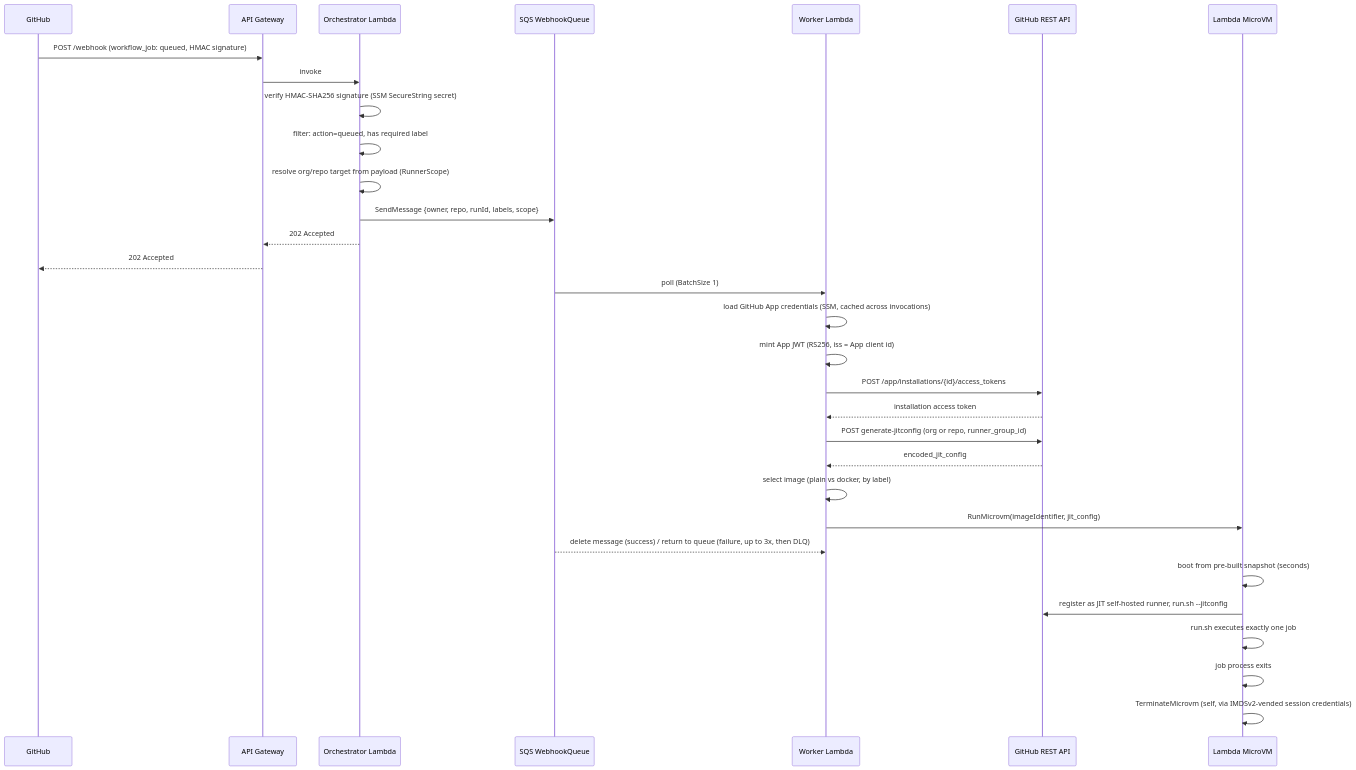
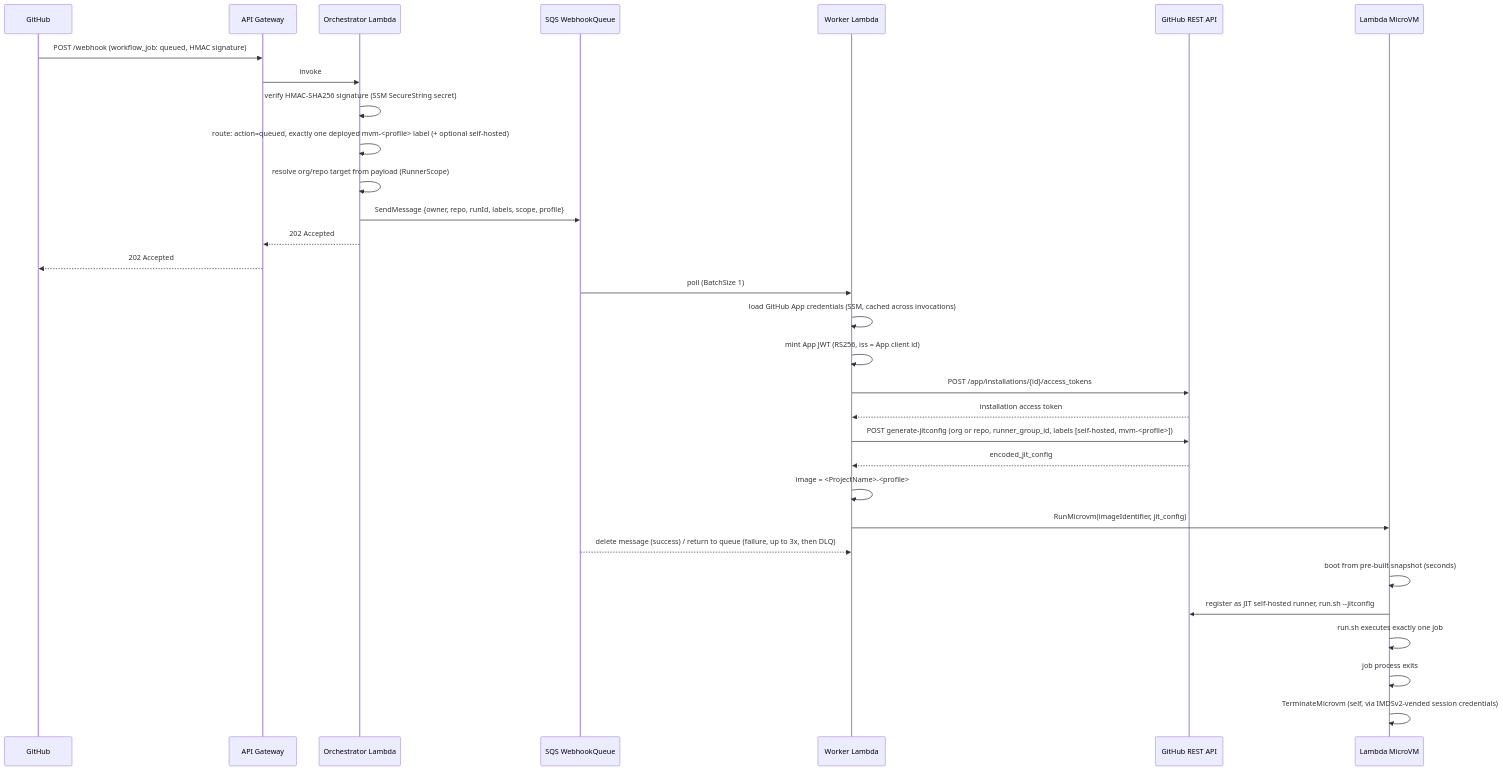
The diagram in README.md (waseemrabani/github-runner-micro-vm), drawn with Mermaid before and after one commit. The commit also changed other lines of this file and 47 other files, not shown here.

````diff
--- a/README.md
+++ b/README.md
@@ -48,34 +40,34 @@
 ```mermaid
 sequenceDiagram
     participant GH as GitHub
     participant APIGW as API Gateway
     participant Orch as Orchestrator Lambda
     participant Q as SQS WebhookQueue
     participant Work as Worker Lambda
     participant GHAPI as GitHub REST API
     participant VM as Lambda MicroVM
 
     GH->>APIGW: POST /webhook (workflow_job: queued, HMAC signature)
     APIGW->>Orch: invoke
     Orch->>Orch: verify HMAC-SHA256 signature (SSM SecureString secret)
-    Orch->>Orch: filter: action=queued, has required label
+    Orch->>Orch: route: action=queued, exactly one deployed mvm-<profile> label (+ optional self-hosted)
     Orch->>Orch: resolve org/repo target from payload (RunnerScope)
-    Orch->>Q: SendMessage {owner, repo, runId, labels, scope}
+    Orch->>Q: SendMessage {owner, repo, runId, labels, scope, profile}
     Orch-->>APIGW: 202 Accepted
     APIGW-->>GH: 202 Accepted
     Q->>Work: poll (BatchSize 1)
     Work->>Work: load GitHub App credentials (SSM, cached across invocations)
     Work->>Work: mint App JWT (RS256, iss = App client id)
     Work->>GHAPI: POST /app/installations/{id}/access_tokens
     GHAPI-->>Work: installation access token
-    Work->>GHAPI: POST generate-jitconfig (org or repo, runner_group_id)
+    Work->>GHAPI: POST generate-jitconfig (org or repo, runner_group_id, labels [self-hosted, mvm-<profile>])
     GHAPI-->>Work: encoded_jit_config
-    Work->>Work: select image (plain vs docker, by label)
+    Work->>Work: image = <ProjectName>-<profile>
     Work->>VM: RunMicrovm(imageIdentifier, jit_config)
     Q-->>Work: delete message (success) / return to queue (failure, up to 3x, then DLQ)
     VM->>VM: boot from pre-built snapshot (seconds)
     VM->>GHAPI: register as JIT self-hosted runner, run.sh --jitconfig
     VM->>VM: run.sh executes exactly one job
     VM->>VM: job process exits
     VM->>VM: TerminateMicrovm (self, via IMDSv2-vended session credentials)
 ```
````
